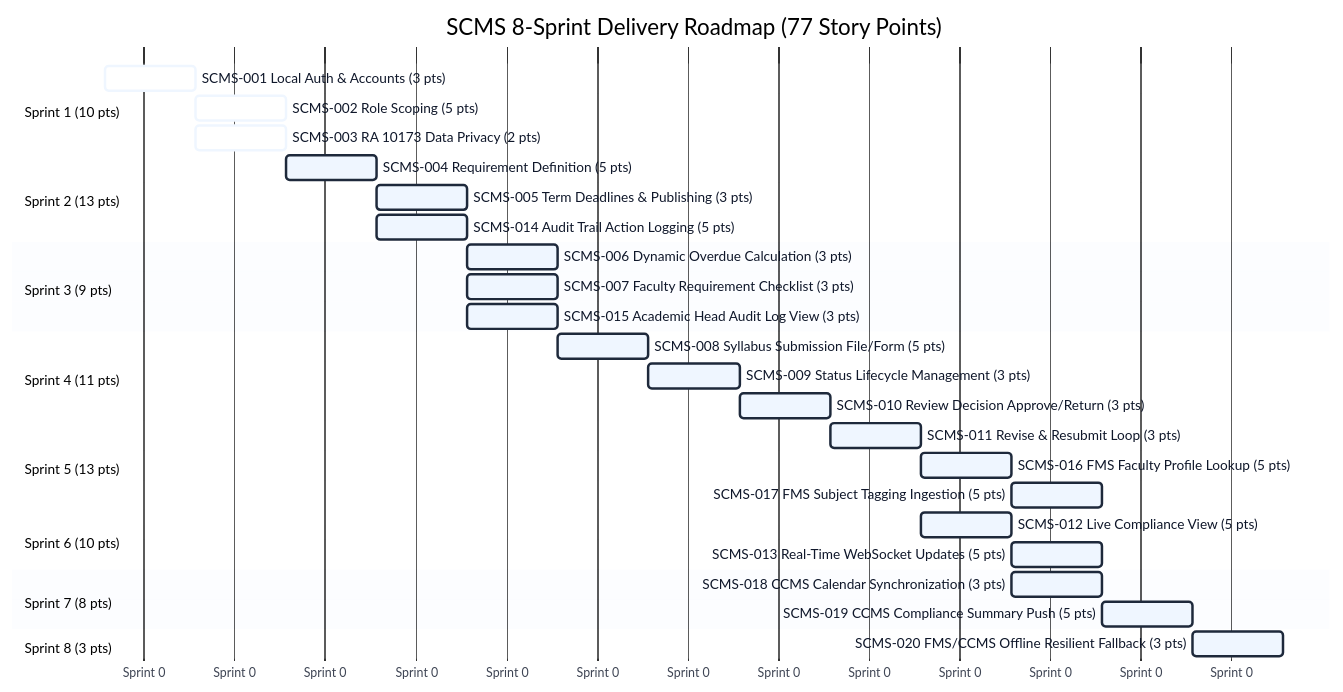
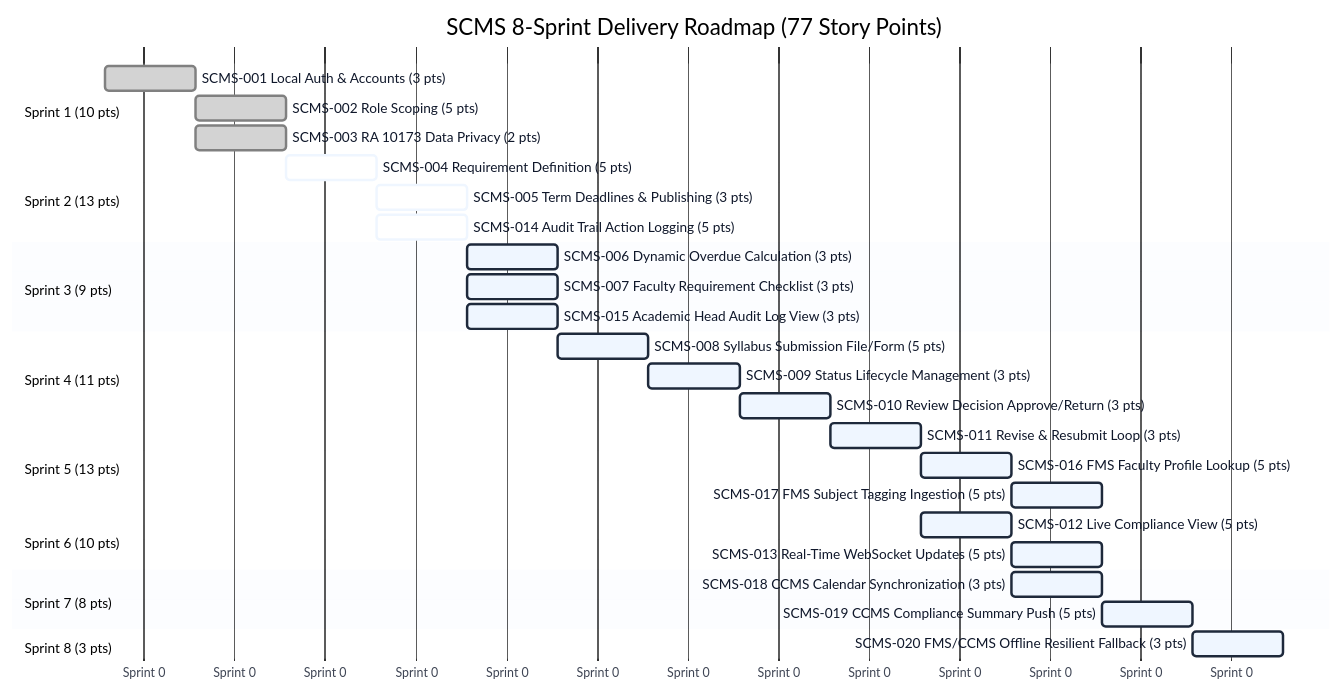
Before and after one commit to EducRodTablizo/Capstone-SCMS: the diagram in docs/product_backlog.md, drawn with Mermaid. The commit also changed other lines of this file and 21 other files, not shown here.

````diff
--- a/docs/product_backlog.md
+++ b/docs/product_backlog.md
@@ -103,43 +122,43 @@
 ```mermaid
 %%{init: {'theme': 'base', 'themeVariables': { 'darkMode': false, 'background': '#FFFFFF', 'primaryColor': '#EFF6FF', 'primaryTextColor': '#0F172A', 'primaryBorderColor': '#1E293B', 'lineColor': '#0284C7' }}}%%
 gantt
     dateFormat  YYYY-MM-DD
     title SCMS 8-Sprint Delivery Roadmap (77 Story Points)
     axisFormat  Sprint %w
 
     section Sprint 1 (10 pts)
-    SCMS-001 Local Auth & Accounts (3 pts)         :active, s1_1, 2026-10-15, 7d
-    SCMS-002 Role Scoping (5 pts)                  :active, s1_2, after s1_1, 7d
-    SCMS-003 RA 10173 Data Privacy (2 pts)         :active, s1_3, after s1_1, 7d
+    SCMS-001 Local Auth & Accounts (3 pts)         :done, s1_1, 2026-10-15, 7d
+    SCMS-002 Role Scoping (5 pts)                  :done, s1_2, after s1_1, 7d
+    SCMS-003 RA 10173 Data Privacy (2 pts)         :done, s1_3, after s1_1, 7d
 
     section Sprint 2 (13 pts)
-    SCMS-004 Requirement Definition (5 pts)        :s2_1, after s1_2, 7d
-    SCMS-005 Term Deadlines & Publishing (3 pts)   :s2_2, after s2_1, 7d
-    SCMS-014 Audit Trail Action Logging (5 pts)    :s2_3, after s2_1, 7d
+    SCMS-004 Requirement Definition (5 pts)        :active, s2_1, after s1_2, 7d
+    SCMS-005 Term Deadlines & Publishing (3 pts)   :active, s2_2, after s2_1, 7d
+    SCMS-014 Audit Trail Action Logging (5 pts)    :active, s2_3, after s2_1, 7d
 
     section Sprint 3 (9 pts)
     SCMS-006 Dynamic Overdue Calculation (3 pts)   :s3_1, after s2_2, 7d
     SCMS-007 Faculty Requirement Checklist (3 pts) :s3_2, after s2_2, 7d
     SCMS-015 Academic Head Audit Log View (3 pts)  :s3_3, after s2_3, 7d
 
     section Sprint 4 (11 pts)
     SCMS-008 Syllabus Submission File/Form (5 pts) :s4_1, after s3_2, 7d
     SCMS-009 Status Lifecycle Management (3 pts)   :s4_2, after s4_1, 7d
     SCMS-010 Review Decision Approve/Return (3 pts):s4_3, after s4_2, 7d
 
     section Sprint 5 (13 pts)
     SCMS-011 Revise & Resubmit Loop (3 pts)        :s5_1, after s4_3, 7d
     SCMS-016 FMS Faculty Profile Lookup (5 pts)    :s5_2, after s5_1, 7d
     SCMS-017 FMS Subject Tagging Ingestion (5 pts) :s5_3, after s5_2, 7d
 
     section Sprint 6 (10 pts)
     SCMS-012 Live Compliance View (5 pts)          :s6_1, after s5_1, 7d
     SCMS-013 Real-Time WebSocket Updates (5 pts)   :s6_2, after s6_1, 7d
 
     section Sprint 7 (8 pts)
     SCMS-018 CCMS Calendar Synchronization (3 pts) :s7_1, after s6_1, 7d
     SCMS-019 CCMS Compliance Summary Push (5 pts)  :s7_2, after s6_2, 7d
 
     section Sprint 8 (3 pts)
     SCMS-020 FMS/CCMS Offline Resilient Fallback (3 pts):s8_1, after s7_2, 7d
 ```
````
